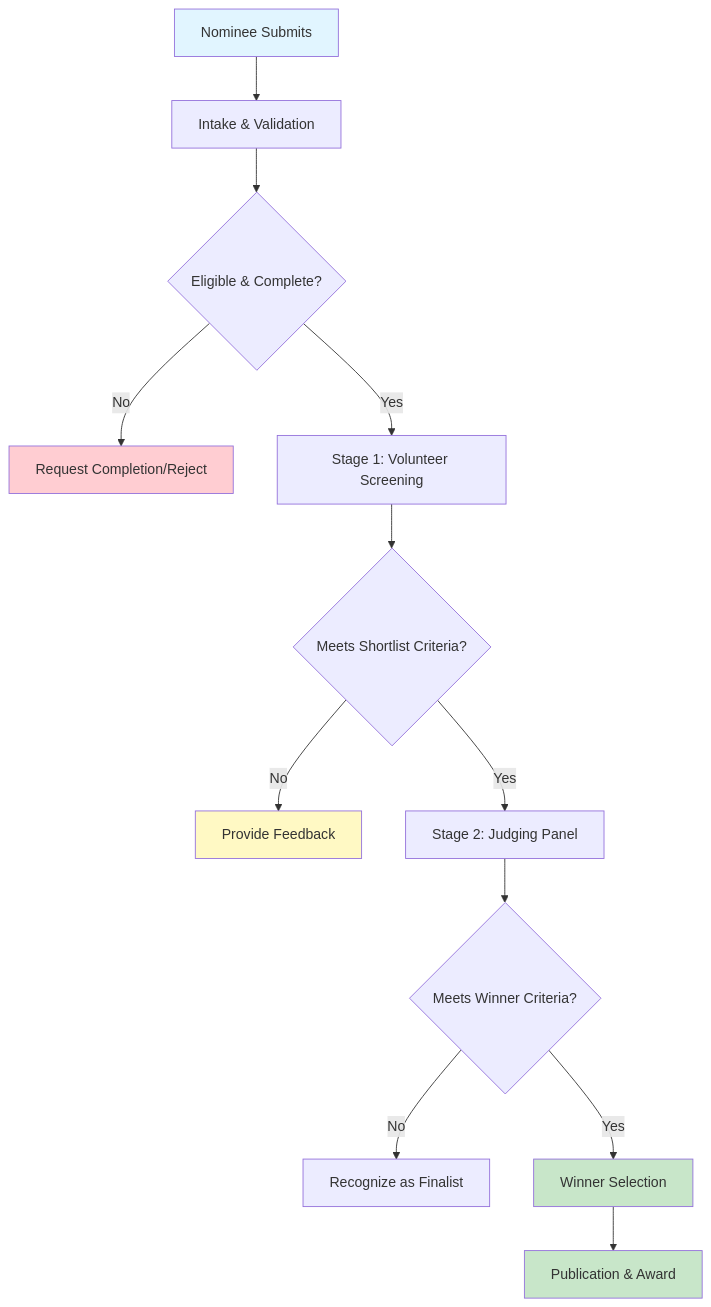
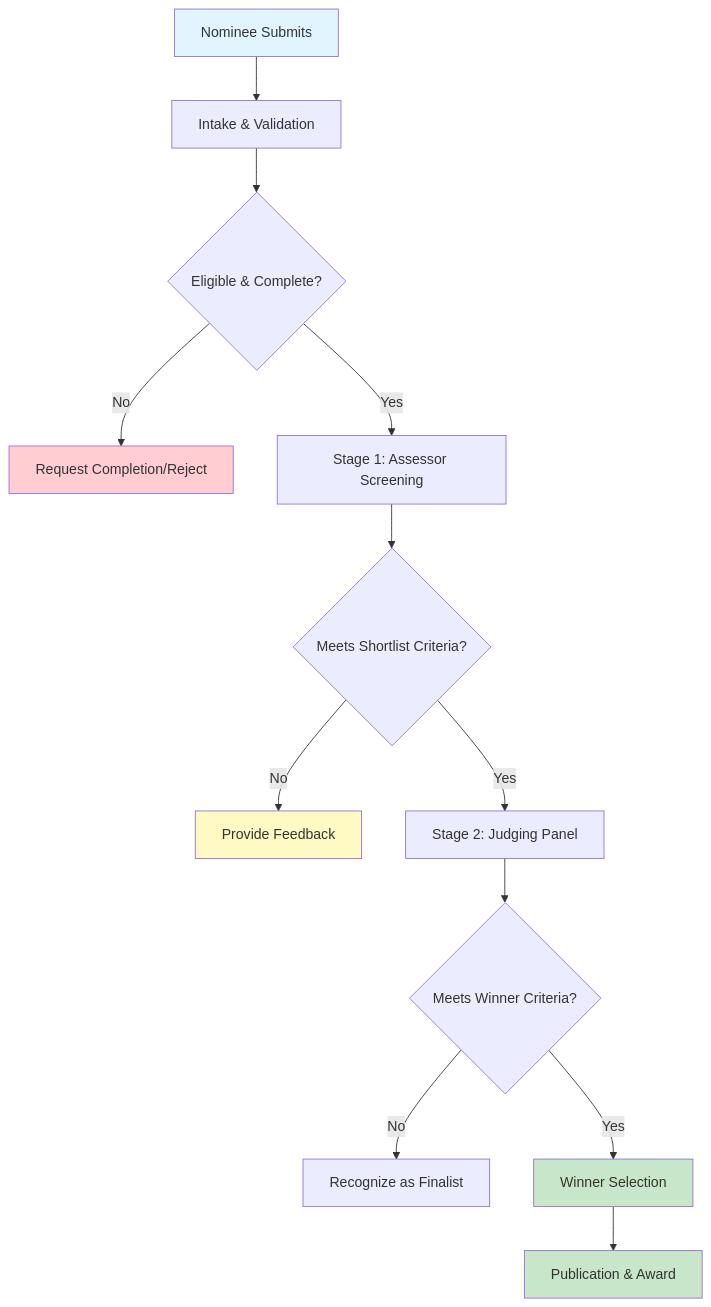
Before and after one commit to baloghp/PBF: the first of 2 diagrams in Confluence/Project-Contractor-Of-The-Year-Award/117866524 - Process Map.md, drawn with Mermaid. The commit also changed other lines of this file and 233 other files, not shown here.

````diff
--- a/Confluence/Project-Contractor-Of-The-Year-Award/117866524 - Process Map.md
+++ b/Confluence/Project-Contractor-Of-The-Year-Award/117866524 - Process Map.md
@@ -20,20 +23,20 @@
 ```mermaid
 flowchart TD
     A[Nominee Submits] --> B[Intake & Validation]
     B --> C{Eligible & Complete?}
     C -->|No| D[Request Completion/Reject]
-    C -->|Yes| E[Stage 1: Volunteer Screening]
+    C -->|Yes| E[Stage 1: Assessor Screening]
     E --> F{Meets Shortlist Criteria?}
     F -->|No| G[Provide Feedback]
     F -->|Yes| H[Stage 2: Judging Panel]
     H --> I{Meets Winner Criteria?}
     I -->|No| J[Recognize as Finalist]
     I -->|Yes| K[Winner Selection]
     K --> L[Publication & Award]
     
     style A fill:#e1f5ff
     style K fill:#c8e6c9
     style L fill:#c8e6c9
     style D fill:#ffcdd2
     style G fill:#fff9c4
 ```
````
